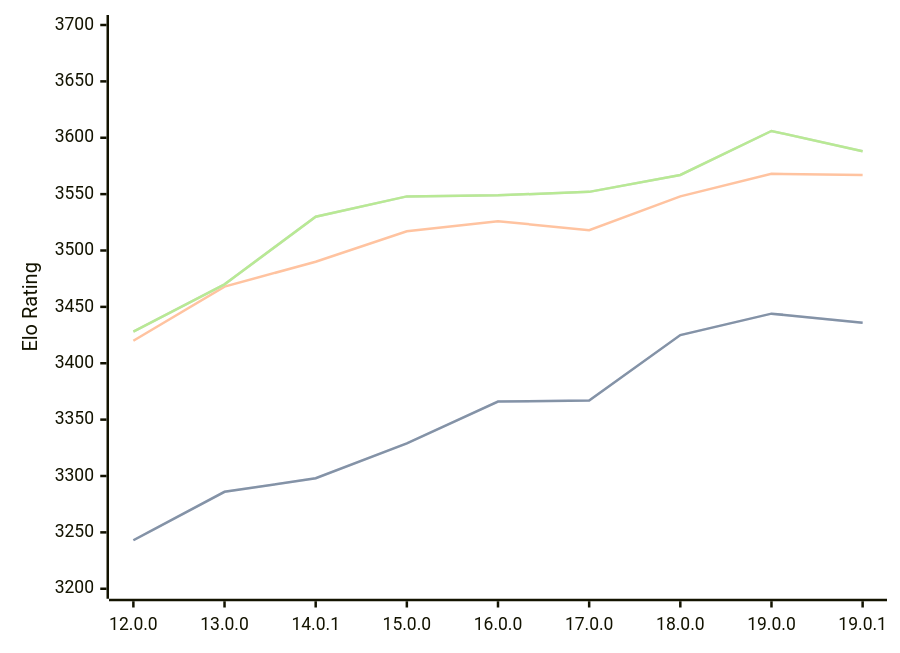
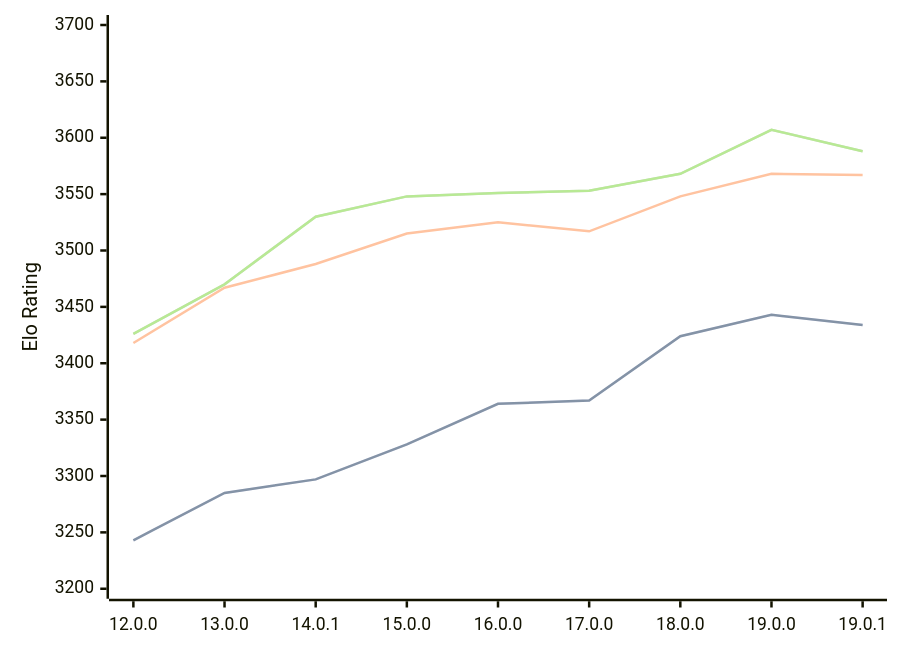
The diagram in engines/Viridithas.md (computer-chess-index/cci), drawn with Mermaid before and after one commit. The commit also changed other lines of this file, not shown here.

Commit message:
Update CCI Ratings (ELO VLTC) - 2026-03-12

````diff
--- a/engines/Viridithas.md
+++ b/engines/Viridithas.md
@@ -61,11 +61,11 @@
 ```mermaid
 %%{init: {"theme":"base","themeVariables":{"seriesColors:['#a3a3a3','#222221','#faa371']}}}%%
 xychart-beta
   x-axis ["12.0.0", "13.0.0", "14.0.1", "15.0.0", "16.0.0", "17.0.0", "18.0.0", "19.0.0", "19.0.1"]
   y-axis "Elo Rating" 3200 --> 3700
-  line "STC (8.0+0.08s)" [3243, 3286, 3298, 3329, 3366, 3367, 3425, 3444, 3436]
-  line "STC (8.0+0.08s)" [3243, 3286, 3298, 3329, 3366, 3367, 3425, 3444, 3436]
-  line "LTC (60.0+0.60s)" [3420, 3468, 3490, 3517, 3526, 3518, 3548, 3568, 3567]
-  line "VLTC (2m24s+1.12s)" [3428, 3470, 3530, 3548, 3549, 3552, 3567, 3606, 3588]
-  line "VLTC (2m24s+1.12s)" [3428, 3470, 3530, 3548, 3549, 3552, 3567, 3606, 3588]
+  line "STC (8.0+0.08s)" [3243, 3285, 3297, 3328, 3364, 3367, 3424, 3443, 3434]
+  line "STC (8.0+0.08s)" [3243, 3285, 3297, 3328, 3364, 3367, 3424, 3443, 3434]
+  line "LTC (60.0+0.60s)" [3418, 3467, 3488, 3515, 3525, 3517, 3548, 3568, 3567]
+  line "VLTC (2m24s+1.12s)" [3426, 3470, 3530, 3548, 3551, 3553, 3568, 3607, 3588]
+  line "VLTC (2m24s+1.12s)" [3426, 3470, 3530, 3548, 3551, 3553, 3568, 3607, 3588]
 ```
````
